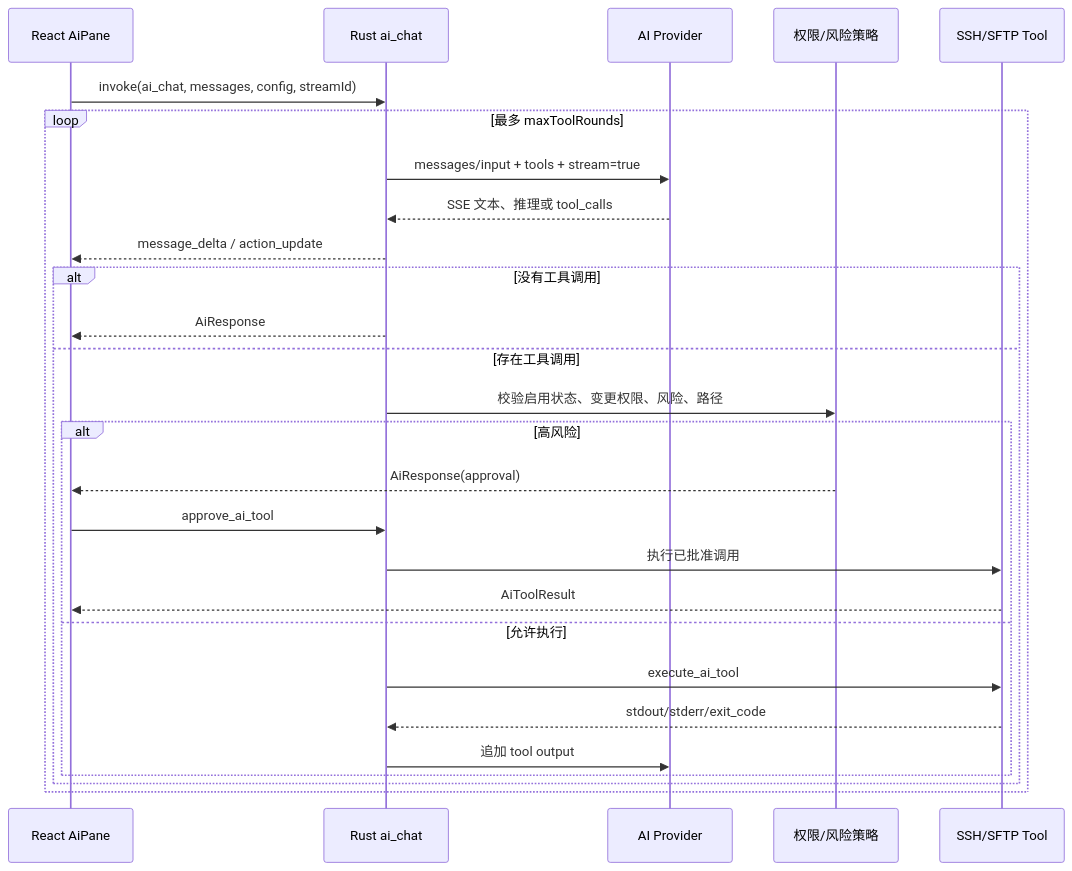
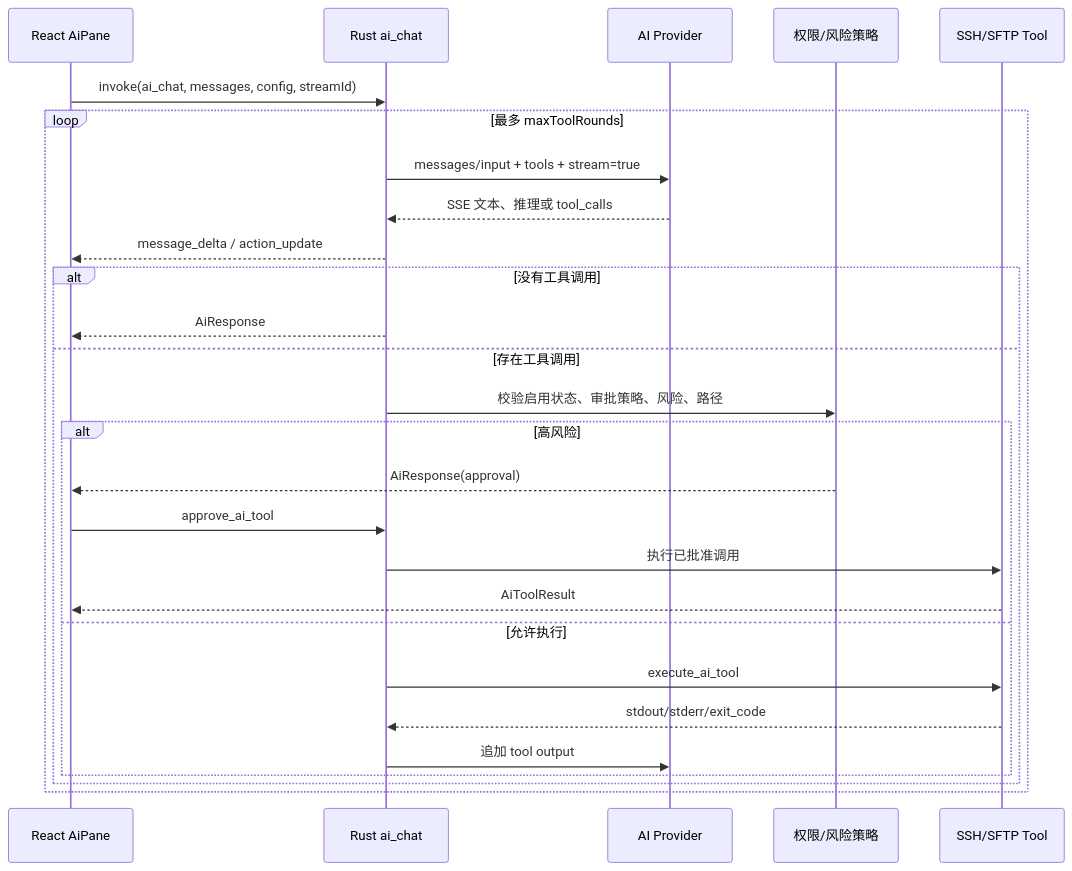
One commit to 1340896123/sshStart changed the second of 3 diagrams in docs/AI连接与外部工具接入技术分享.md. Above: the diagram before and after it, drawn with Mermaid. The commit also changed other lines of this file and 32 other files, not shown here.

````diff
--- a/docs/AI连接与外部工具接入技术分享.md
+++ b/docs/AI连接与外部工具接入技术分享.md
@@ -382,30 +381,30 @@
 ```mermaid
 sequenceDiagram
     participant UI as React AiPane
     participant Agent as Rust ai_chat
     participant LLM as AI Provider
     participant Policy as 权限/风险策略
     participant Tool as SSH/SFTP Tool
 
     UI->>Agent: invoke(ai_chat, messages, config, streamId)
     loop 最多 maxToolRounds
         Agent->>LLM: messages/input + tools + stream=true
         LLM-->>Agent: SSE 文本、推理或 tool_calls
         Agent-->>UI: message_delta / action_update
         alt 没有工具调用
             Agent-->>UI: AiResponse
         else 存在工具调用
-            Agent->>Policy: 校验启用状态、变更权限、风险、路径
+            Agent->>Policy: 校验启用状态、审批策略、风险、路径
             alt 高风险
                 Policy-->>UI: AiResponse(approval)
                 UI->>Agent: approve_ai_tool
                 Agent->>Tool: 执行已批准调用
                 Tool-->>UI: AiToolResult
             else 允许执行
                 Agent->>Tool: execute_ai_tool
                 Tool-->>Agent: stdout/stderr/exit_code
                 Agent->>LLM: 追加 tool output
             end
         end
     end
 ```
````
